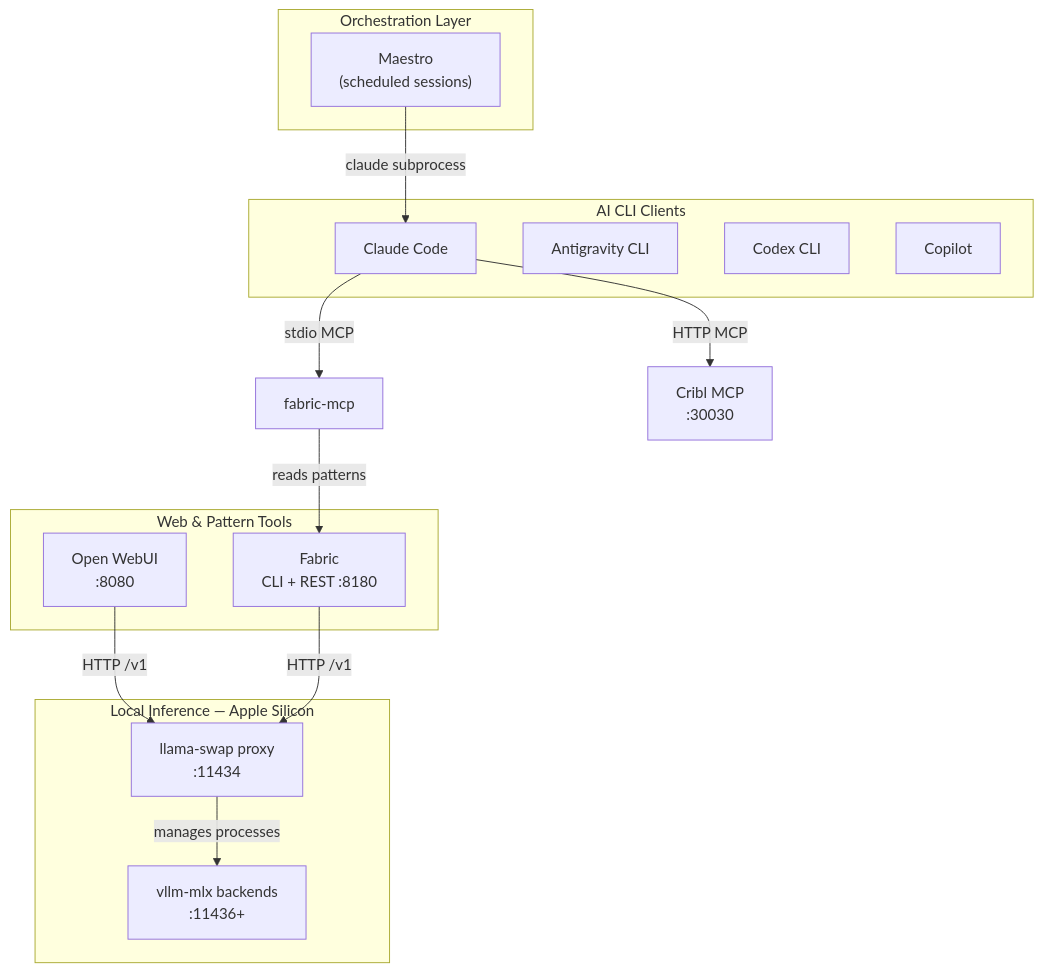
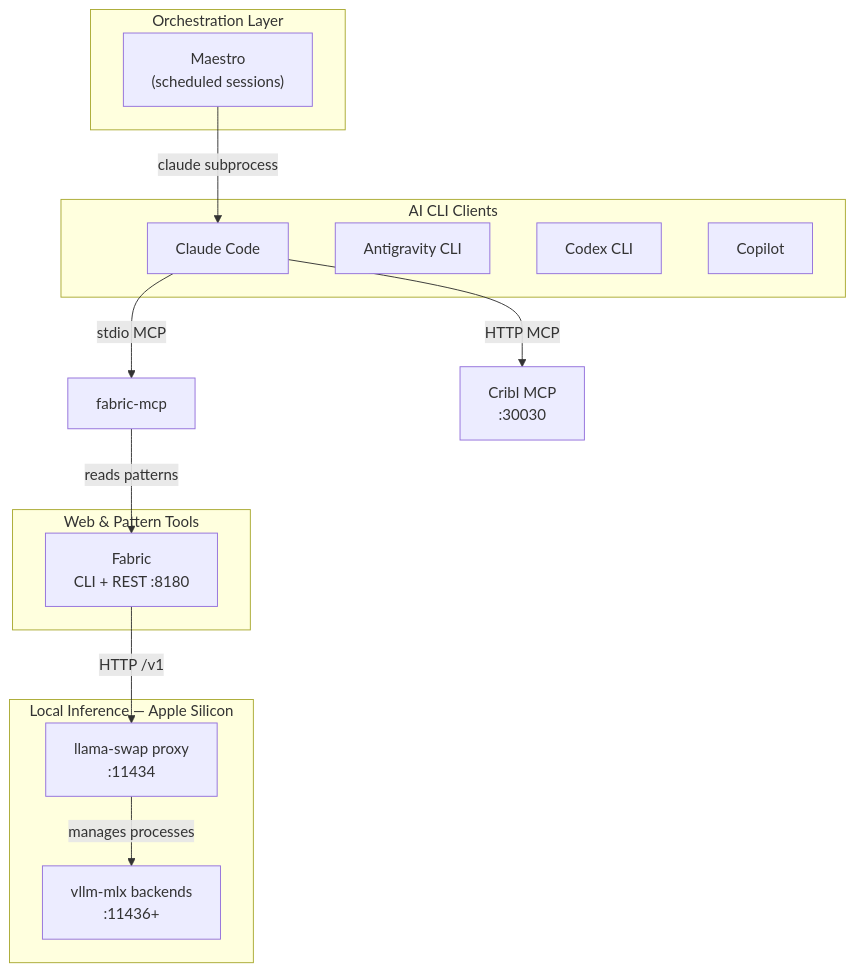
Before and after one commit to dryvist/nix-ai: the first of 4 diagrams in docs/architecture/system-integration-map.md, drawn with Mermaid. The commit also changed other lines of this file and 10 other files, not shown here.

````diff
--- a/docs/architecture/system-integration-map.md
+++ b/docs/architecture/system-integration-map.md
@@ -11,34 +11,32 @@
 ```mermaid
 graph TD
     subgraph Clients["AI CLI Clients"]
         CC["Claude Code"]
         GEM["Antigravity CLI"]
         CDX["Codex CLI"]
         COP["Copilot"]
     end
 
     subgraph Orchestration["Orchestration Layer"]
         MAE["Maestro\n(scheduled sessions)"]
     end
 
     subgraph LocalInference["Local Inference — Apple Silicon"]
         LS["llama-swap proxy\n:11434"]
         VLLM["vllm-mlx backends\n:11436+"]
     end
 
     subgraph WebTools["Web & Pattern Tools"]
-        OWU["Open WebUI\n:8080"]
         FAB["Fabric\nCLI + REST :8180"]
     end
 
     CC -->|stdio MCP| FAB_MCP["fabric-mcp"]
     CC -->|HTTP MCP| CRIBL["Cribl MCP\n:30030"]
     MAE -->|claude subprocess| CC
 
     FAB_MCP -->|reads patterns| FAB
 
-    OWU -->|HTTP /v1| LS
     FAB -->|HTTP /v1| LS
 
     LS -->|manages processes| VLLM
 ```
````
